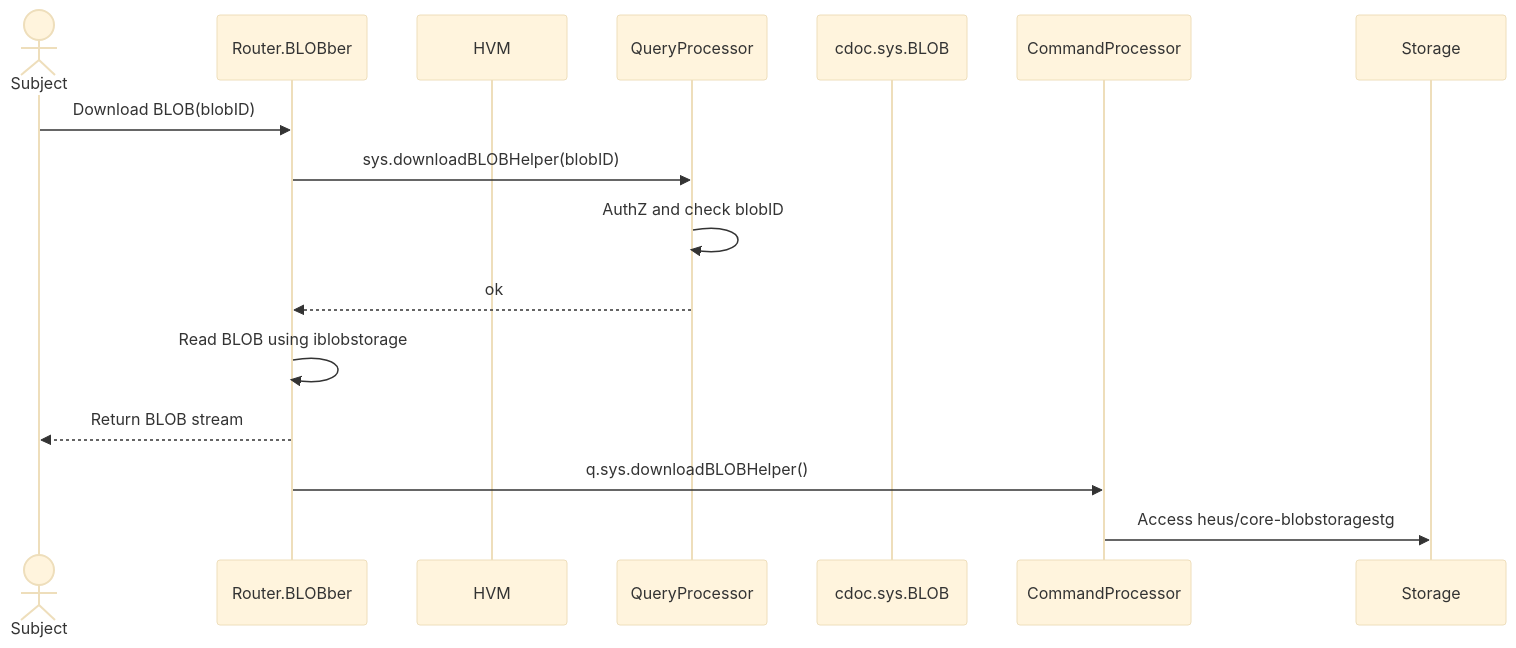
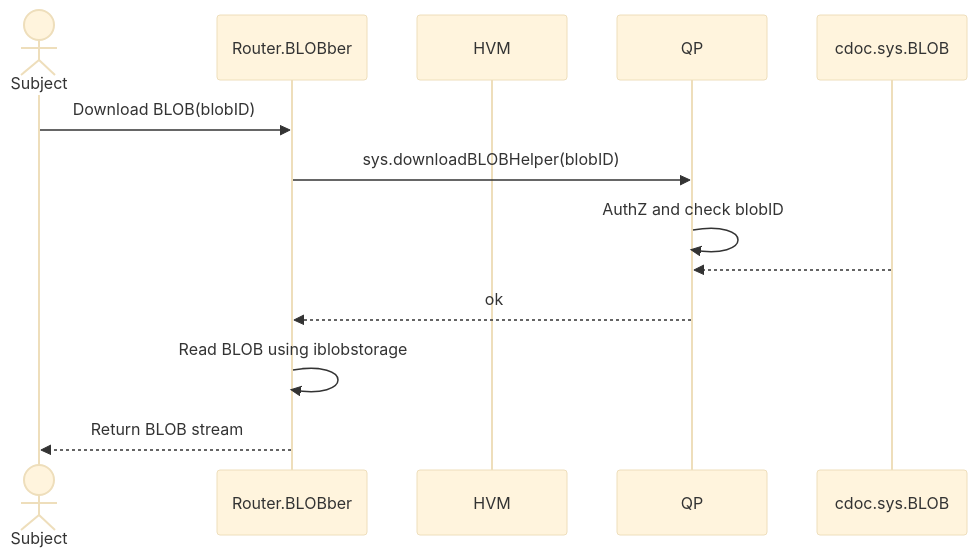
The second of 2 diagrams in server/blobs.md (voedger/voedger-internals), drawn with Mermaid (base theme) before and after one commit. The commit also changed other lines of this file, not shown here.

Commit message:
Update BLOBs documentation: rename participants for consistency

````diff
--- a/server/blobs.md
+++ b/server/blobs.md
@@ -35,18 +35,17 @@
 ```mermaid
 sequenceDiagram
     actor Subject
     participant BLOBber as Router.BLOBber
     participant HVM
-    participant qp as QueryProcessor
+    participant qp as QP
     participant cdocBLOB as cdoc.sys.BLOB
 
     Subject ->> BLOBber: Download BLOB(blobID)
     BLOBber ->> qp: sys.downloadBLOBHelper(blobID)
     qp ->> qp: AuthZ and check blobID
+    cdocBLOB -->> qp: 
     qp -->> BLOBber: ok
     BLOBber ->> BLOBber: Read BLOB using iblobstorage
     BLOBber -->> Subject: Return BLOB stream
 
-    BLOBber ->> CommandProcessor: q.sys.downloadBLOBHelper()
-    CommandProcessor ->> Storage: Access heus/core-blobstoragestg
 ```
````
